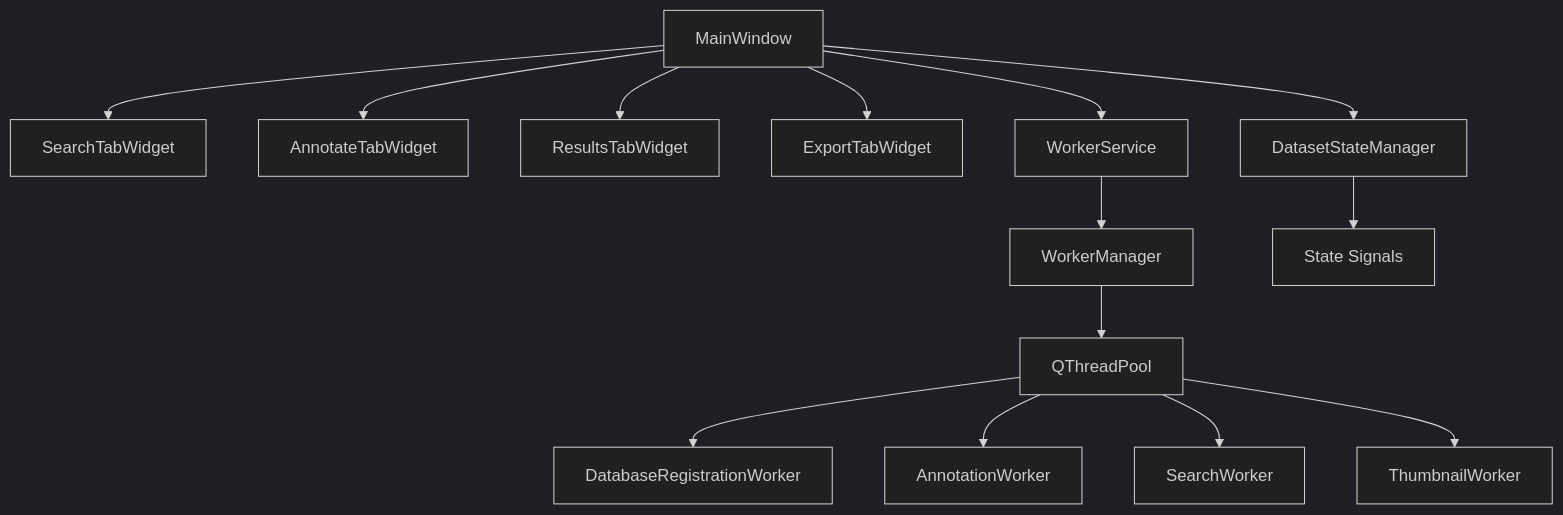
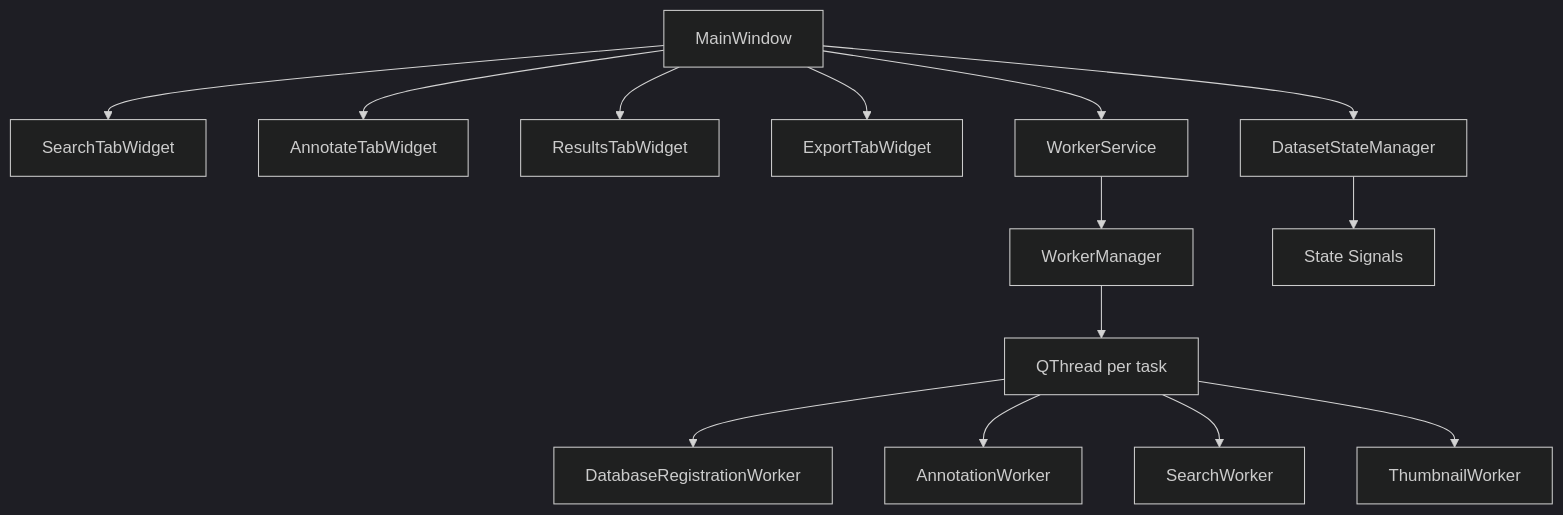
The second of 2 diagrams in docs/architecture.md (NEXTAltair/LoRAIro), drawn with Mermaid (dark theme) before and after one commit. The commit also changed other lines of this file and 4 other files, not shown here.

````diff
--- a/docs/architecture.md
+++ b/docs/architecture.md
@@ -110,16 +110,16 @@
 ```mermaid
 graph TD
     A[MainWindow] --> B[SearchTabWidget]
     A --> C[AnnotateTabWidget]
     A --> D[ResultsTabWidget]
     A --> N[ExportTabWidget]
     A --> E[WorkerService]
     E --> F[WorkerManager]
-    F --> G[QThreadPool]
+    F --> G[QThread per task]
     G --> H[DatabaseRegistrationWorker]
     G --> I[AnnotationWorker]
     G --> J[SearchWorker]
     G --> K[ThumbnailWorker]
     A --> L[DatasetStateManager]
     L --> M[State Signals]
 ```
````
